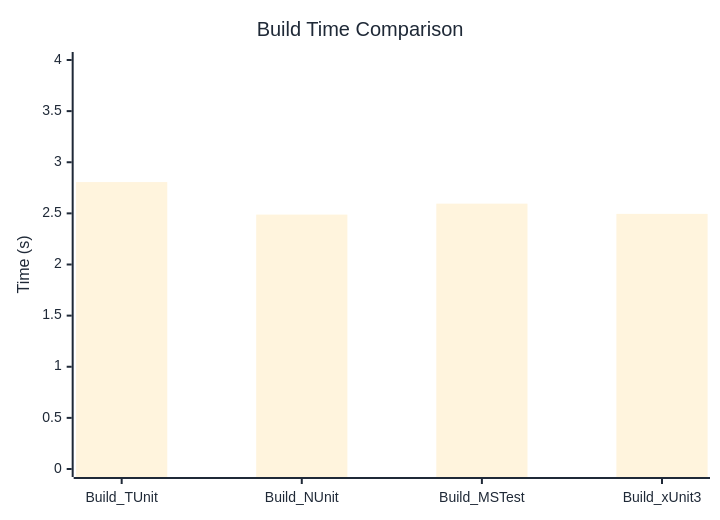
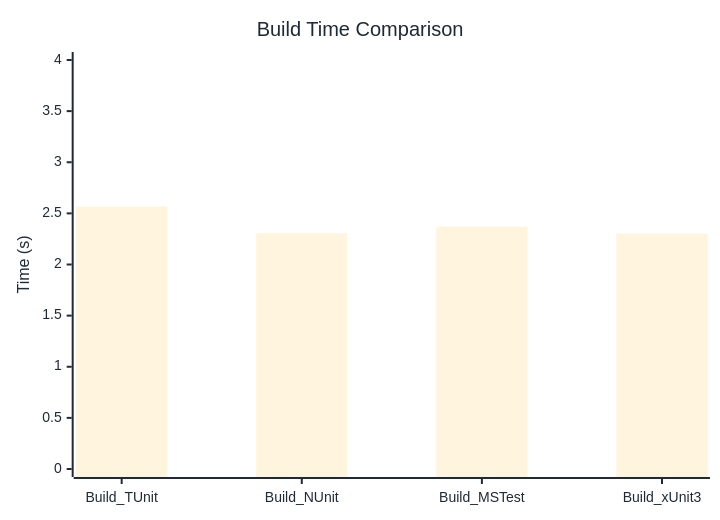
One commit to thomhurst/TUnit changed the diagram in docs/docs/benchmarks/BuildTime.md. Above: the diagram before and after it, drawn with Mermaid. The commit also changed other lines of this file and 17 other files, not shown here.

````diff
--- a/docs/docs/benchmarks/BuildTime.md
+++ b/docs/docs/benchmarks/BuildTime.md
@@ -28,37 +28,37 @@
 ```mermaid
 %%{init: {
   'theme':'base',
   'themeVariables': {
     'primaryColor': '#2563eb',
     'primaryTextColor': '#1f2937',
     'primaryBorderColor': '#1e40af',
     'lineColor': '#6b7280',
     'secondaryColor': '#7c3aed',
     'tertiaryColor': '#dc2626',
     'background': '#ffffff',
     'mainBkg': '#2563eb',
     'secondBkg': '#7c3aed',
     'tertiaryBkg': '#dc2626',
     'clusterBkg': '#f3f4f6',
     'edgeLabelBackground': '#ffffff',
     'tertiaryTextColor': '#1f2937',
     'pie1': '#2563eb',
     'pie2': '#7c3aed',
     'pie3': '#dc2626',
     'pie4': '#f59e0b',
     'pie5': '#10b981',
     'pie6': '#06b6d4',
     'pie7': '#ec4899',
     'pie8': '#6366f1',
     'pie9': '#84cc16',
     'pie10': '#f97316',
     'pie11': '#14b8a6',
     'pie12': '#a855f7'
   }
 }}%%
 xychart-beta
   title "Build Time Comparison"
   x-axis ["Build_TUnit", "Build_NUnit", "Build_MSTest", "Build_xUnit3"]
   y-axis "Time (s)" 0 --> 4
-  bar [2.806, 2.488, 2.595, 2.495]
+  bar [2.568, 2.307, 2.371, 2.302]
 ```
````
